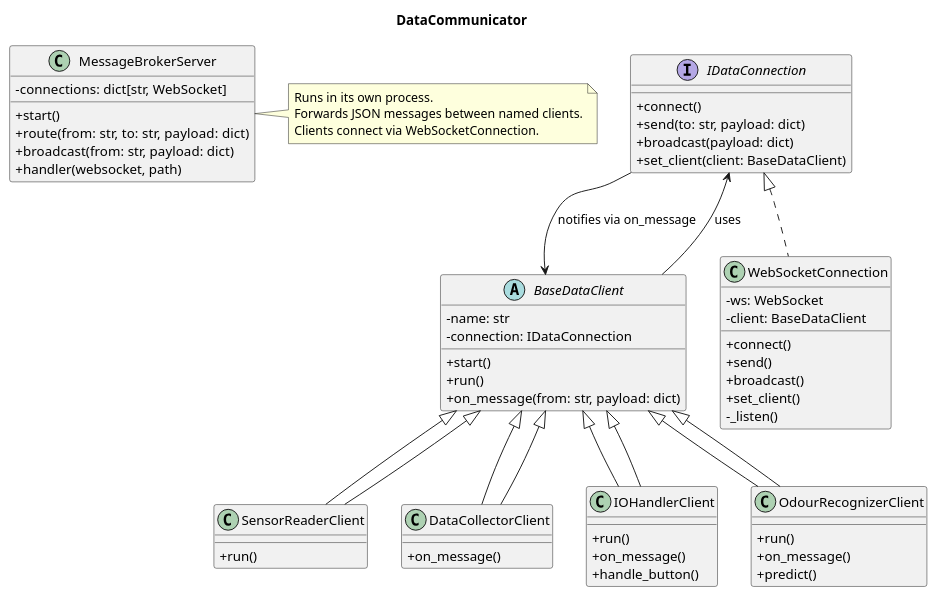
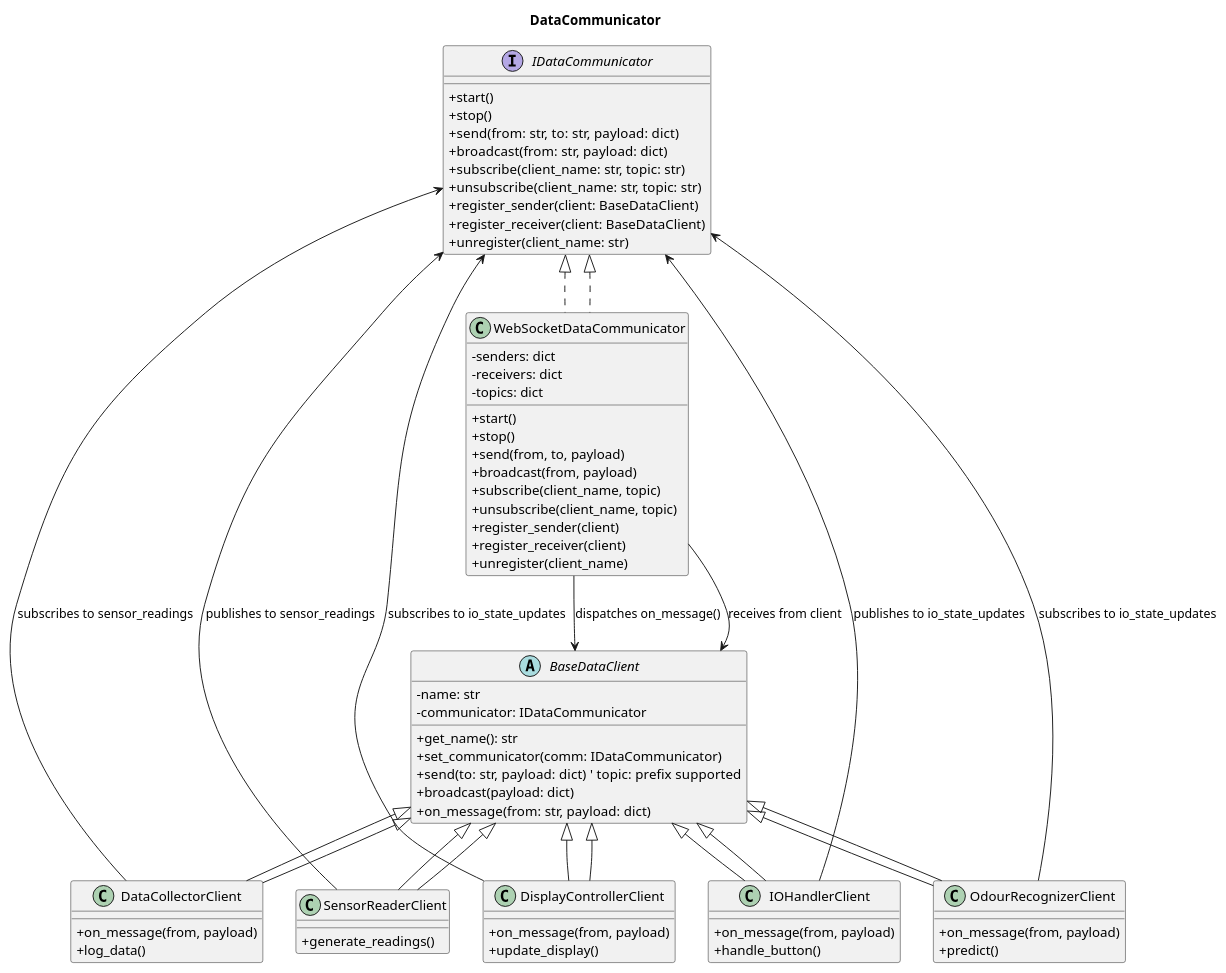
Before and after one commit to Intellivisionn/ElectricNose: the diagram in DataCommunicator/source/design.puml, drawn with PlantUML.

Commit message:
updated design

```diff
--- a/DataCommunicator/source/design.puml
+++ b/DataCommunicator/source/design.puml
@@ -1,75 +1,87 @@
 @startuml
 skinparam classAttributeIconSize 0
 title DataCommunicator
 
-' ===== CLIENT-SIDE INTERFACE =====
-interface IDataConnection {
-    +connect()
-    +send(to: str, payload: dict)
-    +broadcast(payload: dict)
-    +set_client(client: BaseDataClient)
+' ===== SERVER INTERFACE AND IMPLS =====
+interface IDataCommunicator {
+    +start()
+    +stop()
+    +send(from: str, to: str, payload: dict)
+    +broadcast(from: str, payload: dict)
+    +subscribe(client_name: str, topic: str)
+    +unsubscribe(client_name: str, topic: str)
+    +register_sender(client: BaseDataClient)
+    +register_receiver(client: BaseDataClient)
+    +unregister(client_name: str)
 }
 
+class WebSocketDataCommunicator implements IDataCommunicator {
+    -senders: dict
+    -receivers: dict
+    -topics: dict
+    +start()
+    +stop()
+    +send(from, to, payload)
+    +broadcast(from, payload)
+    +subscribe(client_name, topic)
+    +unsubscribe(client_name, topic)
+    +register_sender(client)
+    +register_receiver(client)
+    +unregister(client_name)
+}
+
+' ===== BASE CLIENT =====
 abstract class BaseDataClient {
     -name: str
-    -connection: IDataConnection
-    +start()
-    +run()
+    -communicator: IDataCommunicator
+    +get_name(): str
+    +set_communicator(comm: IDataCommunicator)
+    +send(to: str, payload: dict)  ' topic: prefix supported
+    +broadcast(payload: dict)
     +on_message(from: str, payload: dict)
 }
 
-BaseDataClient --> IDataConnection : uses
-IDataConnection --> BaseDataClient : notifies via on_message
-
-' ===== IMPLEMENTATION: WEBSOCKET =====
-class WebSocketConnection implements IDataConnection {
-    -ws: WebSocket
-    -client: BaseDataClient
-    +connect()
-    +send()
-    +broadcast()
-    +set_client()
-    -_listen()
-}
-
-' ===== MODULE CLIENTS =====
+' ===== MODULE IMPLEMENTATIONS =====
 class SensorReaderClient extends BaseDataClient {
-    +run()
+    +generate_readings()
 }
 
 class DataCollectorClient extends BaseDataClient {
-    +on_message()
+    +on_message(from, payload)
+    +log_data()
 }
 
 class IOHandlerClient extends BaseDataClient {
-    +run()
-    +on_message()
+    +on_message(from, payload)
     +handle_button()
 }
 
+class DisplayControllerClient extends BaseDataClient {
+    +on_message(from, payload)
+    +update_display()
+}
+
 class OdourRecognizerClient extends BaseDataClient {
-    +run()
-    +on_message()
+    +on_message(from, payload)
     +predict()
 }
+
+' ===== RELATIONSHIPS =====
+IDataCommunicator <|.. WebSocketDataCommunicator
 
 BaseDataClient <|-- SensorReaderClient
 BaseDataClient <|-- DataCollectorClient
 BaseDataClient <|-- IOHandlerClient
+BaseDataClient <|-- DisplayControllerClient
 BaseDataClient <|-- OdourRecognizerClient
 
-' ===== SERVER: BROKER =====
-class MessageBrokerServer {
-    +start()
-    +route(from: str, to: str, payload: dict)
-    +broadcast(from: str, payload: dict)
-    +handler(websocket, path)
-    -connections: dict[str, WebSocket]
-}
+SensorReaderClient --> IDataCommunicator : publishes to sensor_readings
+DataCollectorClient --> IDataCommunicator : subscribes to sensor_readings
 
-note right of MessageBrokerServer
-Runs in its own process.
-Forwards JSON messages between named clients.
-Clients connect via WebSocketConnection.
-end note
+IOHandlerClient --> IDataCommunicator : publishes to io_state_updates
+DisplayControllerClient --> IDataCommunicator : subscribes to io_state_updates
+OdourRecognizerClient --> IDataCommunicator : subscribes to io_state_updates
+
+WebSocketDataCommunicator --> BaseDataClient : dispatches on_message()
+WebSocketDataCommunicator --> BaseDataClient : receives from client
 @enduml
```
